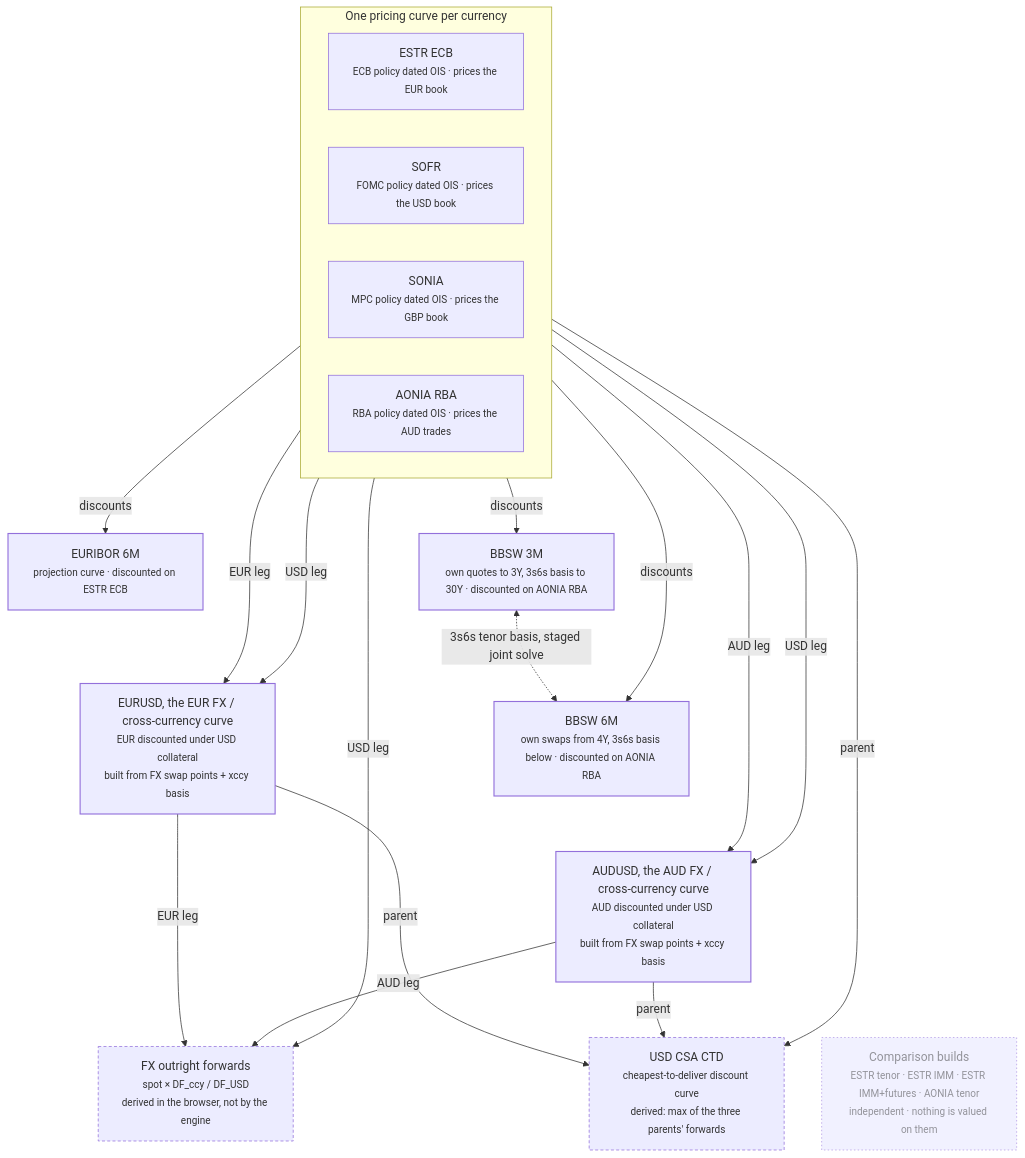
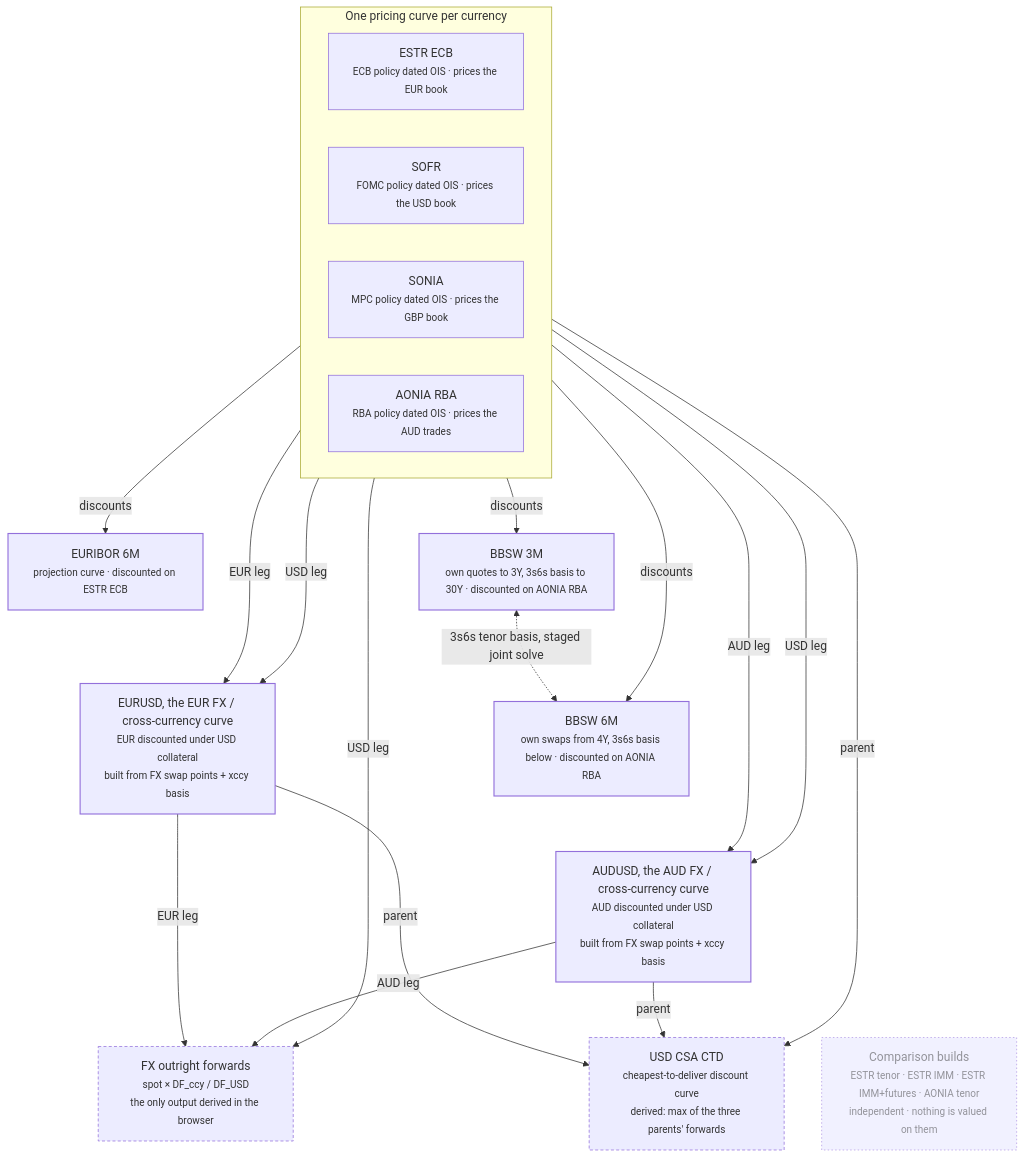
Before and after one commit to jrwglover/portfolio: the diagram in src/components/dashboards/curve_model/diagrams/curve-graph.mmd, drawn with Mermaid. The commit also changed 16 other files, not shown here.

```diff
--- a/src/components/dashboards/curve_model/diagrams/curve-graph.mmd
+++ b/src/components/dashboards/curve_model/diagrams/curve-graph.mmd
@@ -1,57 +1,57 @@
 %% Which curve needs which, and what is derived from them.
 %% The FX curves are named EURUSD and AUDUSD in the engine and labelled
 %% "under USD collateral" on the chart; both names are given here because
 %% neither on its own makes it obvious that these are the FX/cross-currency
 %% curves.
 %% One curve per currency prices the book: ESTR ECB, SOFR, SONIA and AONIA
 %% RBA. The four comparison builds (ESTR tenor, ESTR IMM, ESTR IMM+futures,
 %% AONIA tenor) carry no dependencies and nothing is valued on them, so they
 %% share one node instead of stretching the top row to eight boxes.
 flowchart TB
   subgraph PRC [One pricing curve per currency]
     direction LR
     ECB["ESTR ECB<br/><small>ECB policy dated OIS · prices the EUR book</small>"]
     SOFR["SOFR<br/><small>FOMC policy dated OIS · prices the USD book</small>"]
     SONIA["SONIA<br/><small>MPC policy dated OIS · prices the GBP book</small>"]
     RBA["AONIA RBA<br/><small>RBA policy dated OIS · prices the AUD trades</small>"]
   end
 
   E6["EURIBOR 6M<br/><small>projection curve · discounted on ESTR ECB</small>"]
   B3["BBSW 3M<br/><small>own quotes to 3Y, 3s6s basis to 30Y · discounted on AONIA RBA</small>"]
   B6["BBSW 6M<br/><small>own swaps from 4Y, 3s6s basis below · discounted on AONIA RBA</small>"]
   XC["EURUSD, the EUR FX / cross-currency curve<br/><small>EUR discounted under USD collateral</small><br/><small>built from FX swap points + xccy basis</small>"]
   AXC["AUDUSD, the AUD FX / cross-currency curve<br/><small>AUD discounted under USD collateral</small><br/><small>built from FX swap points + xccy basis</small>"]
 
   ECB -- "discounts" --> E6
   ECB -- "EUR leg" --> XC
   SOFR -- "USD leg" --> XC
   RBA -- "discounts" --> B3
   RBA -- "discounts" --> B6
   B3 <-. "3s6s tenor basis, staged joint solve" .-> B6
   RBA -- "AUD leg" --> AXC
   SOFR -- "USD leg" --> AXC
 
   %% Invisible edges push the two xccy curves onto their own row; five
   %% 260px nodes on one rank made the SVG too wide to read in the panel.
   E6 ~~~ XC
   B6 ~~~ AXC
 
-  FWD["FX outright forwards<br/><small>spot × DF_ccy / DF_USD</small><br/><small>derived in the browser, not by the engine</small>"]
+  FWD["FX outright forwards<br/><small>spot × DF_ccy / DF_USD</small><br/><small>the only output derived in the browser</small>"]
   XC -- "EUR leg" --> FWD
   AXC -- "AUD leg" --> FWD
   SOFR -- "USD leg" --> FWD
 
   CTD["USD CSA CTD<br/><small>cheapest-to-deliver discount curve</small><br/><small>derived: max of the three parents' forwards</small>"]
   SOFR -- "parent" --> CTD
   XC -- "parent" --> CTD
   AXC -- "parent" --> CTD
 
   CMP["Comparison builds<br/><small>ESTR tenor · ESTR IMM · ESTR IMM+futures · AONIA tenor</small><br/><small>independent · nothing is valued on them</small>"]
   AXC ~~~ CMP
 
   classDef dep stroke-width:1.5px
   classDef derived stroke-dasharray:4 3
   classDef cmp stroke-dasharray:2 3,opacity:0.7
   class E6,B3,B6,XC,AXC dep
   class FWD,CTD derived
   class CMP cmp
```
